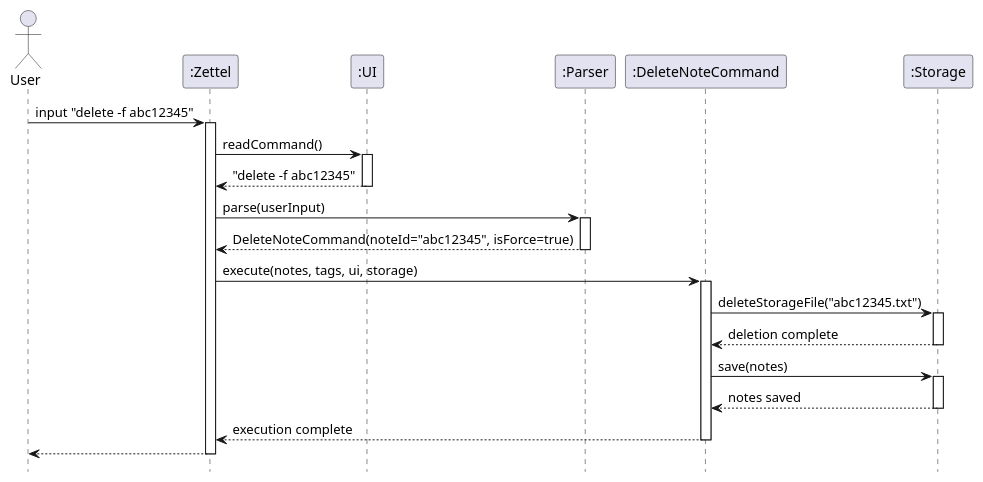
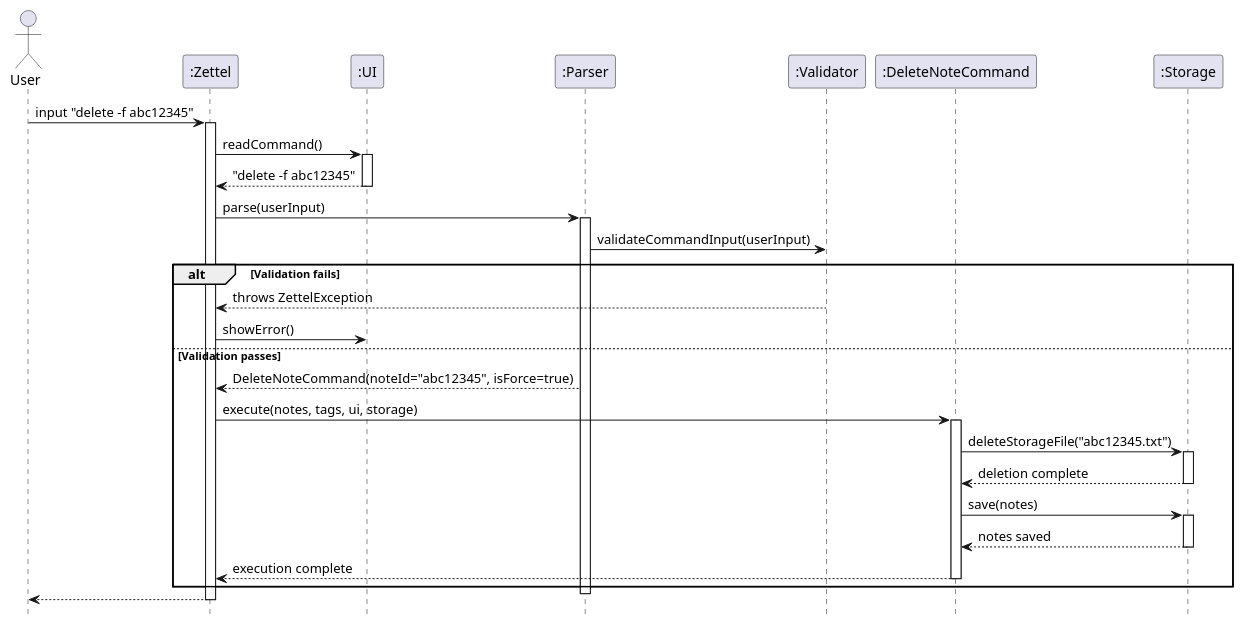
Before and after one commit to shauntsr/tp: the diagram in docs/diagrams/ParserSequence.puml, drawn with PlantUML. The commit also changed 46 other files, not shown here.

Commit message:
Replace all puml .pngs with .svgs, update ArchitectureSequence and ParserSequence to show Validator

```diff
--- a/docs/diagrams/ParserSequence.puml
+++ b/docs/diagrams/ParserSequence.puml
@@ -1,42 +2,49 @@
 @startuml ParserSequence
 hide footbox
 
 actor User
 participant ":Zettel"
 participant ":UI"
 participant ":Parser"
+participant ":Validator"
 participant ":DeleteNoteCommand"
 participant ":Storage"
-
 
 User -> ":Zettel": input "delete -f abc12345"
 activate ":Zettel"
 ":Zettel" -> ":UI": readCommand()
 activate ":UI"
 ":UI" --> ":Zettel": "delete -f abc12345"
 deactivate ":UI"
 
 ":Zettel" -> ":Parser": parse(userInput)
 activate ":Parser"
-":Parser" --> ":Zettel": DeleteNoteCommand(noteId="abc12345", isForce=true)
+
+":Parser" -> ":Validator": validateCommandInput(userInput)
+alt Validation fails
+    ":Validator" --> ":Zettel": throws ZettelException
+    ":Zettel" -> ":UI": showError()
+else Validation passes
+    ":Parser" --> ":Zettel": DeleteNoteCommand(noteId="abc12345", isForce=true)
+
+    ":Zettel" -> ":DeleteNoteCommand": execute(notes, tags, ui, storage)
+    activate ":DeleteNoteCommand"
+
+    ":DeleteNoteCommand" -> ":Storage": deleteStorageFile("abc12345.txt")
+    activate ":Storage"
+    ":Storage" --> ":DeleteNoteCommand": deletion complete
+    deactivate ":Storage"
+
+    ":DeleteNoteCommand" -> ":Storage": save(notes)
+    activate ":Storage"
+    ":Storage" --> ":DeleteNoteCommand": notes saved
+    deactivate ":Storage"
+
+    ":DeleteNoteCommand" --> ":Zettel": execution complete
+    deactivate ":DeleteNoteCommand"
+end
 deactivate ":Parser"
-
-":Zettel" -> ":DeleteNoteCommand": execute(notes, tags, ui, storage)
-activate ":DeleteNoteCommand"
-
-":DeleteNoteCommand" -> ":Storage": deleteStorageFile("abc12345.txt")
-activate ":Storage"
-":Storage" --> ":DeleteNoteCommand": deletion complete
-deactivate ":Storage"
-
-":DeleteNoteCommand" -> ":Storage": save(notes)
-activate ":Storage"
-":Storage" --> ":DeleteNoteCommand": notes saved
-deactivate ":Storage"
-
-":DeleteNoteCommand" --> ":Zettel": execution complete
-deactivate ":DeleteNoteCommand"
 
 ":Zettel" --> "User"
 deactivate ":Zettel"
 @enduml
```
